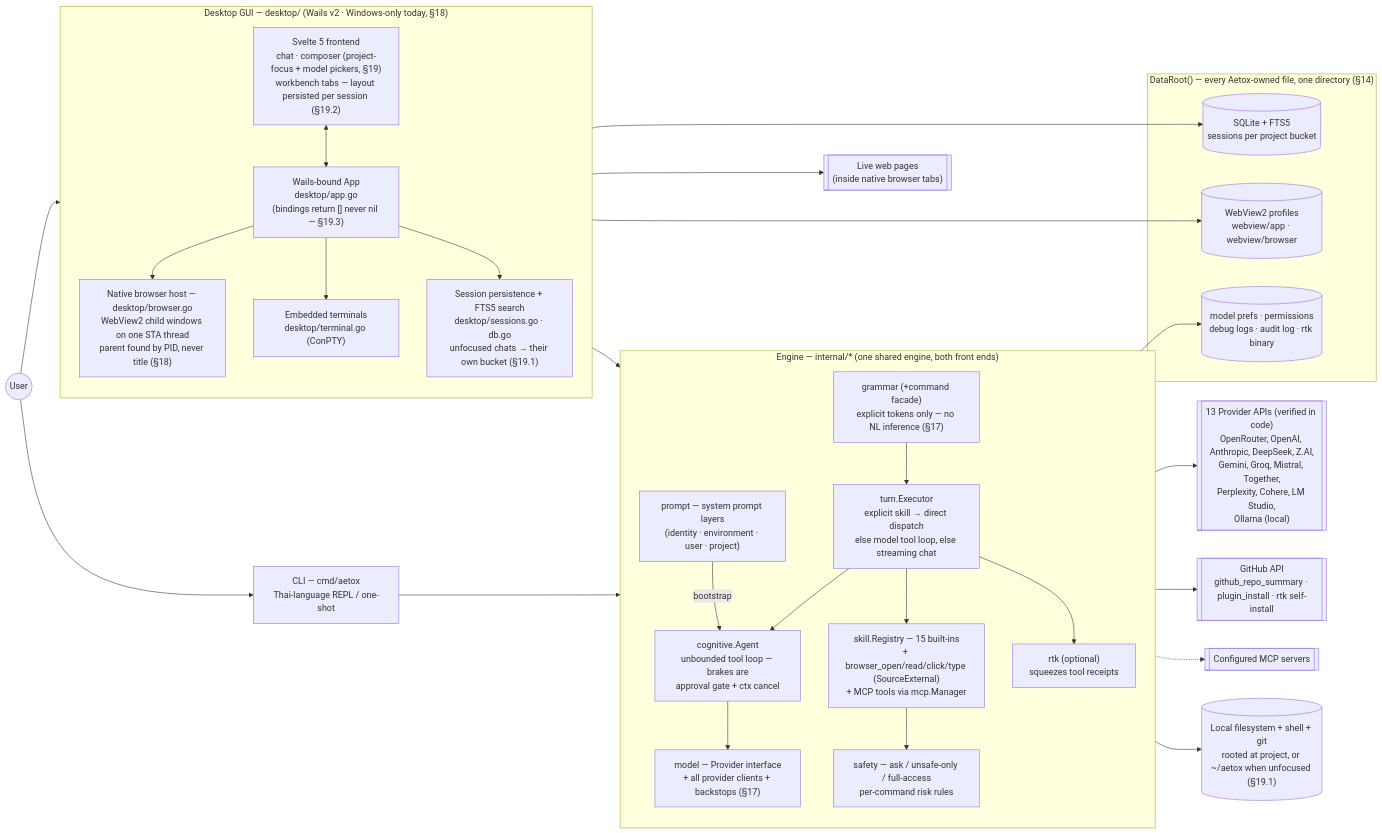
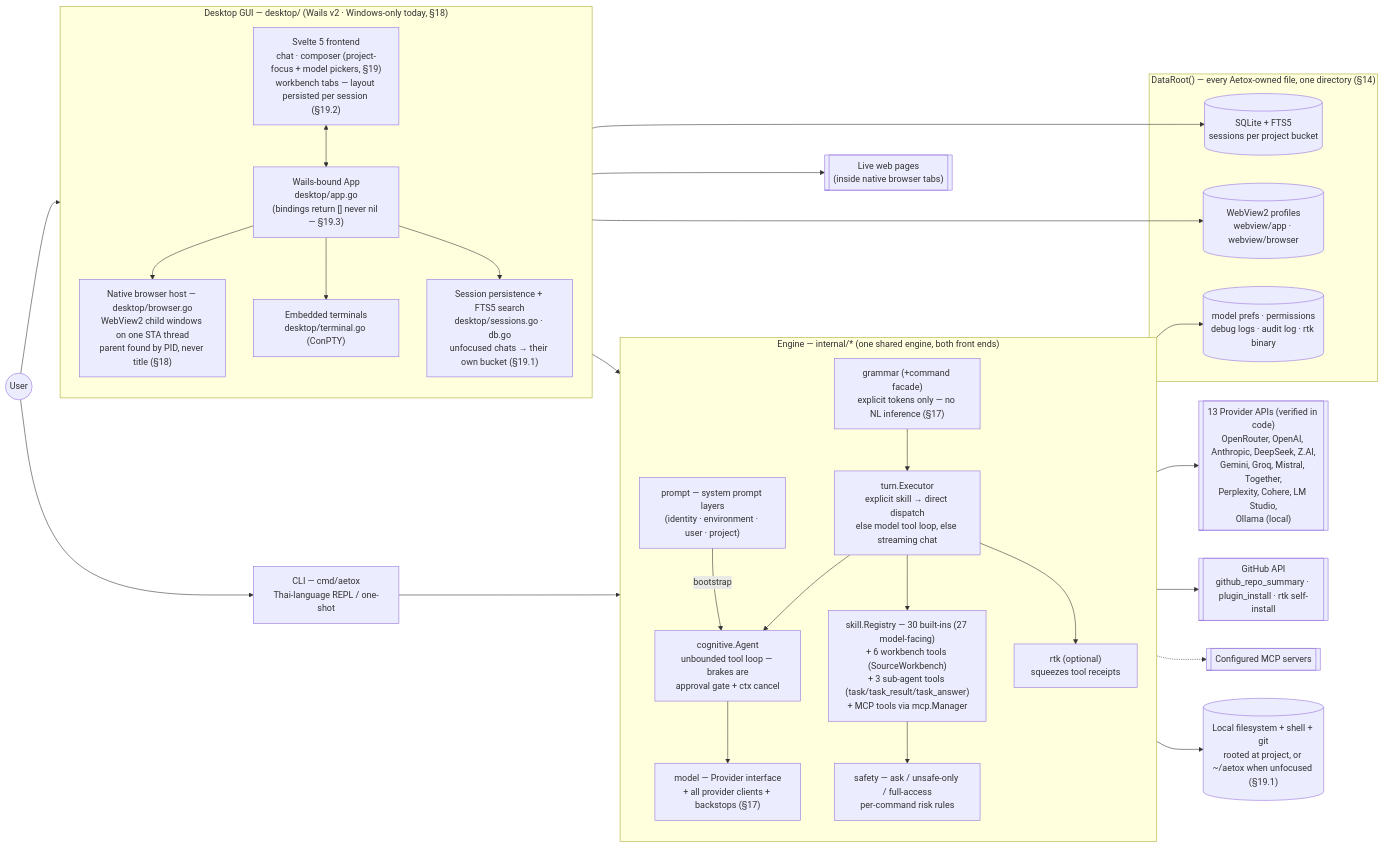
One commit to Mike0165115321/Aetox changed the first of 4 diagrams in ARCHITECTURE.md. Above: the diagram before and after it, drawn with Mermaid. The commit also changed other lines of this file and 12 other files, not shown here.

````diff
--- a/ARCHITECTURE.md
+++ b/ARCHITECTURE.md
@@ -88,64 +88,64 @@
 ```mermaid
 flowchart LR
     User(("User"))
     CLI["CLI — cmd/aetox\nThai-language REPL / one-shot"]
 
     subgraph DesktopApp["Desktop GUI — desktop/ (Wails v2 · Windows-only today, §18)"]
         direction TB
         FE["Svelte 5 frontend\nchat · composer (project-focus + model pickers, §19)\nworkbench tabs — layout persisted per session (§19.2)"]
         Bindings["Wails-bound App\ndesktop/app.go\n(bindings return [] never nil — §19.3)"]
         BrowserHost["Native browser host — desktop/browser.go\nWebView2 child windows on one STA thread\nparent found by PID, never title (§18)"]
         Term["Embedded terminals\ndesktop/terminal.go (ConPTY)"]
         Sessions["Session persistence + FTS5 search\ndesktop/sessions.go · db.go\nunfocused chats → their own bucket (§19.1)"]
         FE <--> Bindings
         Bindings --> BrowserHost
         Bindings --> Term
         Bindings --> Sessions
     end
 
     subgraph Engine["Engine — internal/* (one shared engine, both front ends)"]
         direction TB
         Grammar["grammar (+command facade)\nexplicit tokens only — no NL inference (§17)"]
         Turn["turn.Executor\nexplicit skill → direct dispatch\nelse model tool loop, else streaming chat"]
         Cog["cognitive.Agent\nunbounded tool loop — brakes are\napproval gate + ctx cancel"]
-        Skills["skill.Registry — 15 built-ins\n+ browser_open/read/click/type (SourceExternal)\n+ MCP tools via mcp.Manager"]
+        Skills["skill.Registry — 30 built-ins (27 model-facing)\n+ 6 workbench tools (SourceWorkbench)\n+ 3 sub-agent tools (task/task_result/task_answer)\n+ MCP tools via mcp.Manager"]
         Safety["safety — ask / unsafe-only / full-access\nper-command risk rules"]
         Prompt["prompt — system prompt layers\n(identity · environment · user · project)"]
         RTK["rtk (optional)\nsqueezes tool receipts"]
         Model["model — Provider interface\n+ all provider clients + backstops (§17)"]
         Grammar --> Turn
         Turn --> Cog
         Cog --> Model
         Turn --> Skills
         Skills --> Safety
         Turn --> RTK
         Prompt -->|bootstrap| Cog
     end
 
     User --> FE
     User --> CLI
     CLI --> Engine
     Bindings --> Engine
 
     Providers[["13 Provider APIs (verified in code)\nOpenRouter, OpenAI, Anthropic, DeepSeek, Z.AI,\nGemini, Groq, Mistral, Together,\nPerplexity, Cohere, LM Studio,\nOllama (local)"]]
     GH[["GitHub API\ngithub_repo_summary · plugin_install · rtk self-install"]]
     MCPExt[["Configured MCP servers"]]
     Web[["Live web pages\n(inside native browser tabs)"]]
     FS[("Local filesystem + shell + git\nrooted at project, or ~/aetox when unfocused (§19.1)")]
 
     Model --> Providers
     Skills --> GH
     Skills --> FS
     Skills -.-> MCPExt
     BrowserHost --> Web
 
     subgraph Data["DataRoot() — every Aetox-owned file, one directory (§14)"]
         DB[("SQLite + FTS5\nsessions per project bucket")]
         Profiles[("WebView2 profiles\nwebview/app · webview/browser")]
         Misc[("model prefs · permissions\ndebug logs · audit log · rtk binary")]
     end
 
     Sessions --> DB
     BrowserHost --> Profiles
     Engine --> Misc
 ```
````
